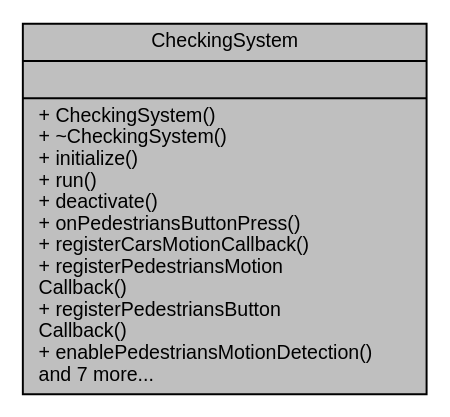
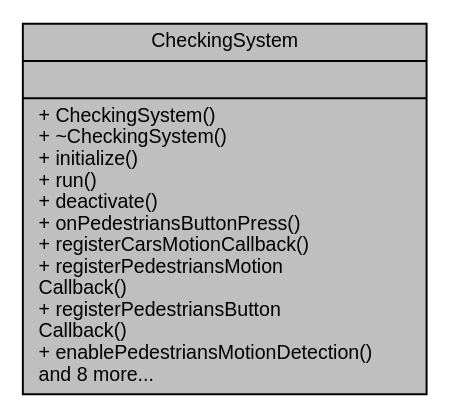
One commit to saleemhamo/traffic-light-system changed the diagram in classCheckingSystem__coll__graph.dot. Above: the diagram before and after it, drawn with Graphviz. The commit also changed 138 other files, not shown here.

```diff
--- a/classCheckingSystem__coll__graph.dot
+++ b/classCheckingSystem__coll__graph.dot
@@ -1,7 +1,7 @@
 digraph "CheckingSystem"
 {
  // LATEX_PDF_SIZE
   edge [fontname="Helvetica",fontsize="10",labelfontname="Helvetica",labelfontsize="10"];
   node [fontname="Helvetica",fontsize="10",shape=record];
-  Node1 [label="{CheckingSystem\n||+ CheckingSystem()\l+ ~CheckingSystem()\l+ initialize()\l+ run()\l+ deactivate()\l+ onPedestriansButtonPress()\l+ registerCarsMotionCallback()\l+ registerPedestriansMotion\lCallback()\l+ registerPedestriansButton\lCallback()\l+ enablePedestriansMotionDetection()\land 7 more...\l}",height=0.2,width=0.4,color="black", fillcolor="grey75", style="filled", fontcolor="black",tooltip="Manages and operates the monitoring system for both pedestrian and vehicle detection."];
+  Node1 [label="{CheckingSystem\n||+ CheckingSystem()\l+ ~CheckingSystem()\l+ initialize()\l+ run()\l+ deactivate()\l+ onPedestriansButtonPress()\l+ registerCarsMotionCallback()\l+ registerPedestriansMotion\lCallback()\l+ registerPedestriansButton\lCallback()\l+ enablePedestriansMotionDetection()\land 8 more...\l}",height=0.2,width=0.4,color="black", fillcolor="grey75", style="filled", fontcolor="black",tooltip="Manages and operates the monitoring system for both pedestrian and vehicle detection."];
 }
```
